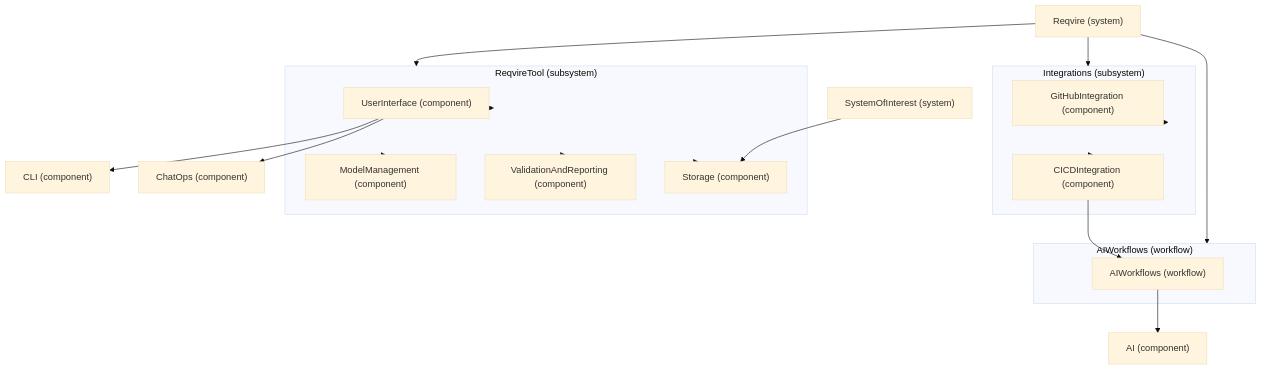
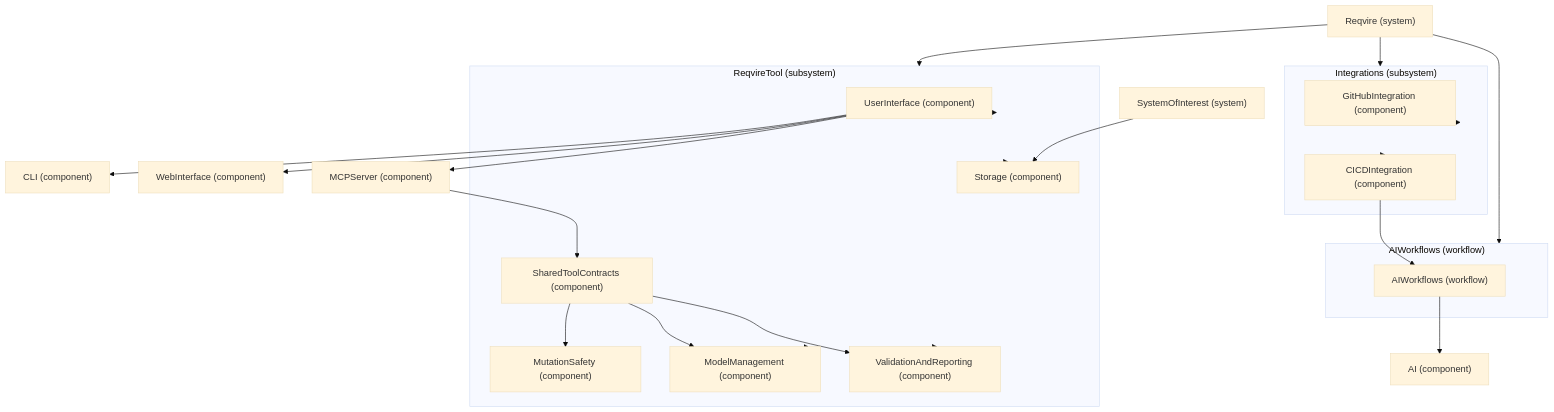
One commit to reqvire-org/reqvire changed the second of 3 diagrams in requirements/Architecture.md. Above: the diagram before and after it, drawn with Mermaid (base theme). The commit also changed other lines of this file and 58 other files, not shown here.

````diff
--- a/requirements/Architecture.md
+++ b/requirements/Architecture.md
@@ -33,50 +36,57 @@
 ```mermaid
 graph TD
     %% Root System
     Reqvire["Reqvire (system)"]
 
     %% Subsystems under Reqvire
     subgraph ReqvireTool["ReqvireTool (subsystem)"]
         UserInterface["UserInterface (component)"]
+        SharedToolContracts["SharedToolContracts (component)"]
+        MutationSafety["MutationSafety (component)"]
         ModelManagement["ModelManagement (component)"]
         ValidationAndReporting["ValidationAndReporting (component)"]
         Storage["Storage (component)"]
     end
 
     subgraph Integrations["Integrations (subsystem)"]
         GitHubIntegration["GitHubIntegration (component)"]
         CICDIntegration["CICDIntegration (component)"]
     end
 
     subgraph AIWorkflows["AIWorkflows (workflow)"]
         AIWorkflowsComponent["AIWorkflows (workflow)"]
     end
 
     %% AI component (added based on the logical architecture)
     AI["AI (component)"]
 
     %% Systems
     SystemOfInterest["SystemOfInterest (system)"]
 
     %% Hierarchical Structure
     Reqvire --> ReqvireTool
     Reqvire --> Integrations
     Reqvire --> AIWorkflows
 
     ReqvireTool --> UserInterface
     ReqvireTool --> ModelManagement
     ReqvireTool --> ValidationAndReporting
     ReqvireTool --> Storage
 
     UserInterface --> CLI["CLI (component)"]
-    UserInterface --> ChatOps["ChatOps (component)"]
+    UserInterface --> WebInterface["WebInterface (component)"]
+    UserInterface --> MCPServer["MCPServer (component)"]
+    MCPServer --> SharedToolContracts
+    SharedToolContracts --> MutationSafety
+    SharedToolContracts --> ModelManagement
+    SharedToolContracts --> ValidationAndReporting
 
     Integrations --> GitHubIntegration
     Integrations --> CICDIntegration
 
     CICDIntegration --> AIWorkflowsComponent
 
     AIWorkflowsComponent --> AI
 
     SystemOfInterest --> Storage
 ```
````
